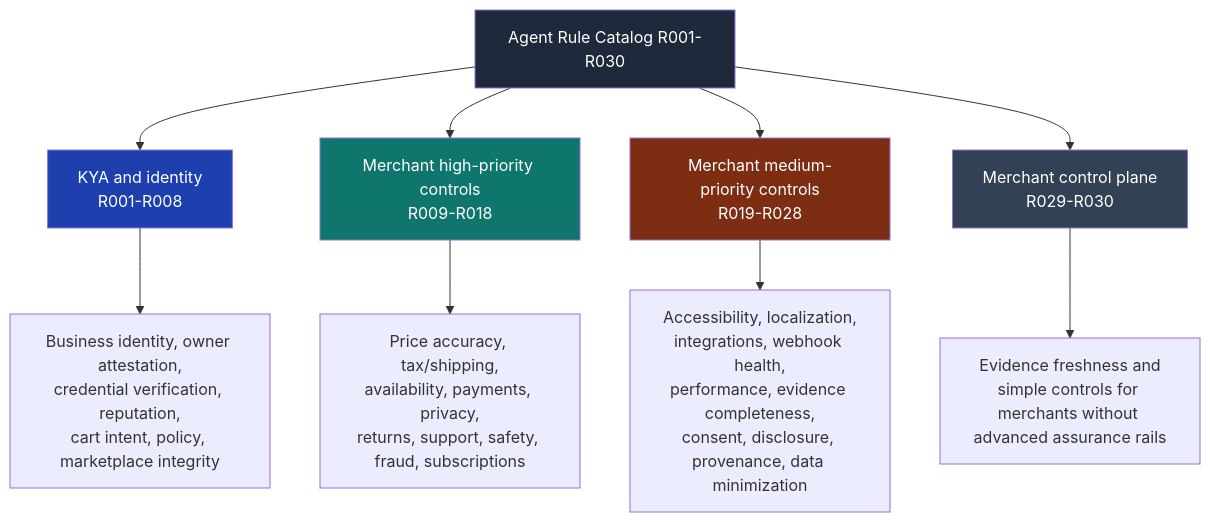
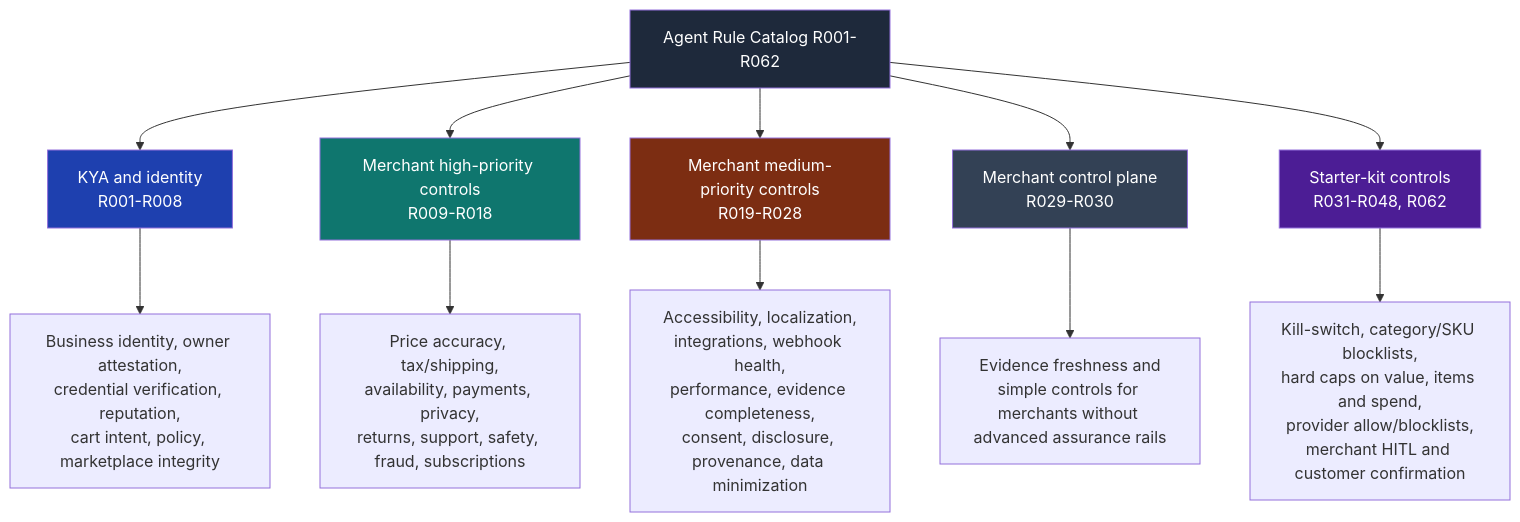
One commit to Trusteedxyz/trusteed-developer-mcp changed the second of 3 diagrams in README.de.md. Above: the diagram before and after it, drawn with Mermaid. The commit also changed other lines of this file and 11 other files, not shown here.

````diff
--- a/README.de.md
+++ b/README.de.md
@@ -212,19 +273,22 @@
 ```mermaid
 flowchart TD
-    ROOT["Agent Rule Catalog R001-R030"]
+    ROOT["Agent Rule Catalog R001-R062"]
     ROOT --> KYA["KYA and identity\nR001-R008"]
     ROOT --> HP["Merchant high-priority controls\nR009-R018"]
     ROOT --> MP["Merchant medium-priority controls\nR019-R028"]
     ROOT --> CP["Merchant control plane\nR029-R030"]
+    ROOT --> SK["Starter-kit controls\nR031-R048, R062"]
 
     KYA --> KYA_EX["Business identity, owner attestation,\ncredential verification, reputation,\ncart intent, policy, marketplace integrity"]
     HP --> HP_EX["Price accuracy, tax/shipping,\navailability, payments, privacy,\nreturns, support, safety, fraud, subscriptions"]
     MP --> MP_EX["Accessibility, localization,\nintegrations, webhook health,\nperformance, evidence completeness,\nconsent, disclosure, provenance, data minimization"]
     CP --> CP_EX["Evidence freshness and\nsimple controls for merchants without advanced assurance rails"]
+    SK --> SK_EX["Kill-switch, category/SKU blocklists,\nhard caps on value, items and spend,\nprovider allow/blocklists,\nmerchant HITL and customer confirmation"]
 
     style ROOT fill:#1e293b,color:#fff
     style KYA fill:#1e40af,color:#fff
     style HP fill:#0f766e,color:#fff
     style MP fill:#7c2d12,color:#fff
     style CP fill:#334155,color:#fff
+    style SK fill:#4c1d95,color:#fff
 ```
````
